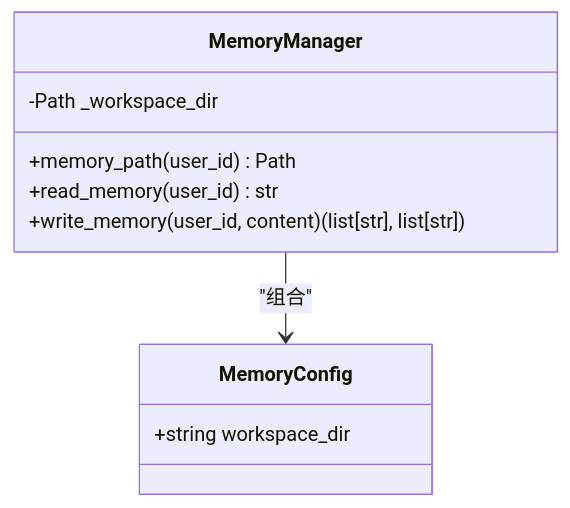
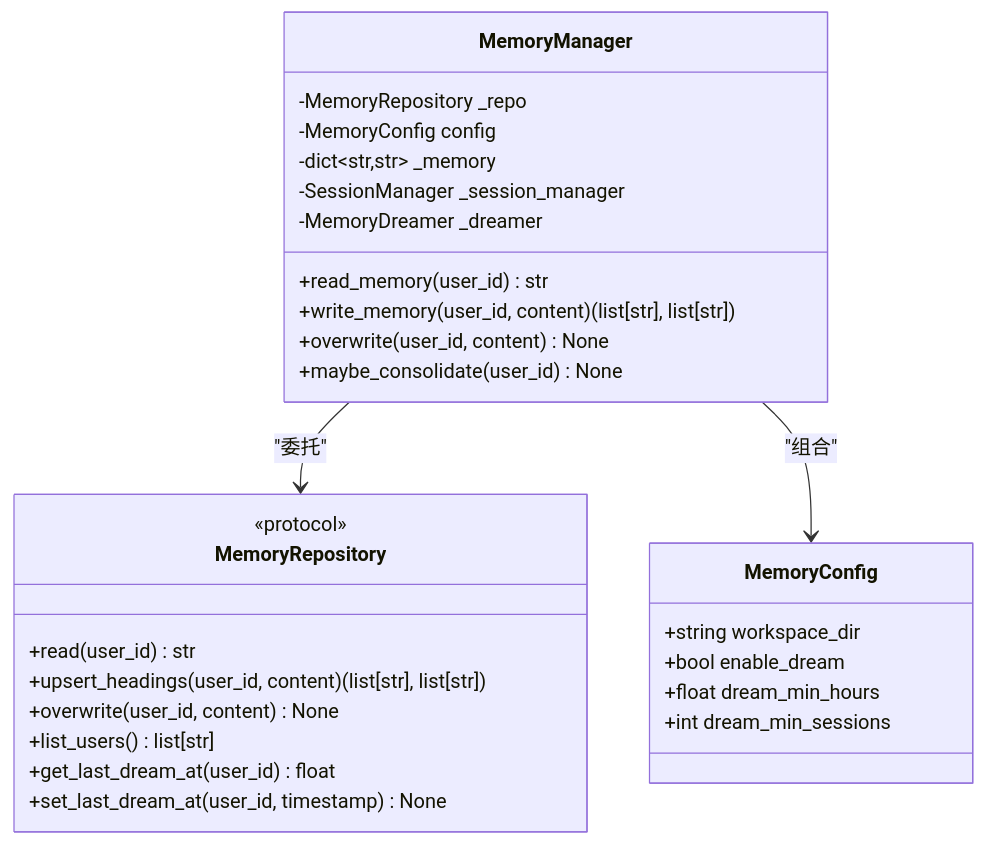
Before and after one commit to YU-JI-KUI/ark-agentic: the third of 8 diagrams in repowiki/zh/content/核心框架/记忆系统/记忆系统.md, drawn with Mermaid. The commit also changed other lines of this file and 116 other files, not shown here.

Commit message:
Refactor README structure and content for clarity; remove outdated CLI and utilities documentation. Introduce new API Reference and CLI Tooling documents to enhance user guidance and project organization.

````diff
--- a/repowiki/zh/content/核心框架/记忆系统/记忆系统.md
+++ b/repowiki/zh/content/核心框架/记忆系统/记忆系统.md
@@ -130,13 +171,31 @@
 ```mermaid
 classDiagram
 class MemoryConfig {
 +string workspace_dir
++bool enable_dream
++float dream_min_hours
++int dream_min_sessions
 }
 class MemoryManager {
--Path _workspace_dir
-+memory_path(user_id) Path
+-MemoryRepository _repo
+-MemoryConfig config
+-dict~str,str~ _memory
+-SessionManager _session_manager
+-MemoryDreamer _dreamer
 +read_memory(user_id) str
 +write_memory(user_id, content) (list[str], list[str])
++overwrite(user_id, content) None
++maybe_consolidate(user_id) None
 }
+class MemoryRepository {
+<<protocol>>
++read(user_id) str
++upsert_headings(user_id, content) (list[str], list[str])
++overwrite(user_id, content) None
++list_users() list[str]
++get_last_dream_at(user_id) float
++set_last_dream_at(user_id, timestamp) None
+}
+MemoryManager --> MemoryRepository : "委托"
 MemoryManager --> MemoryConfig : "组合"
 ```
````
